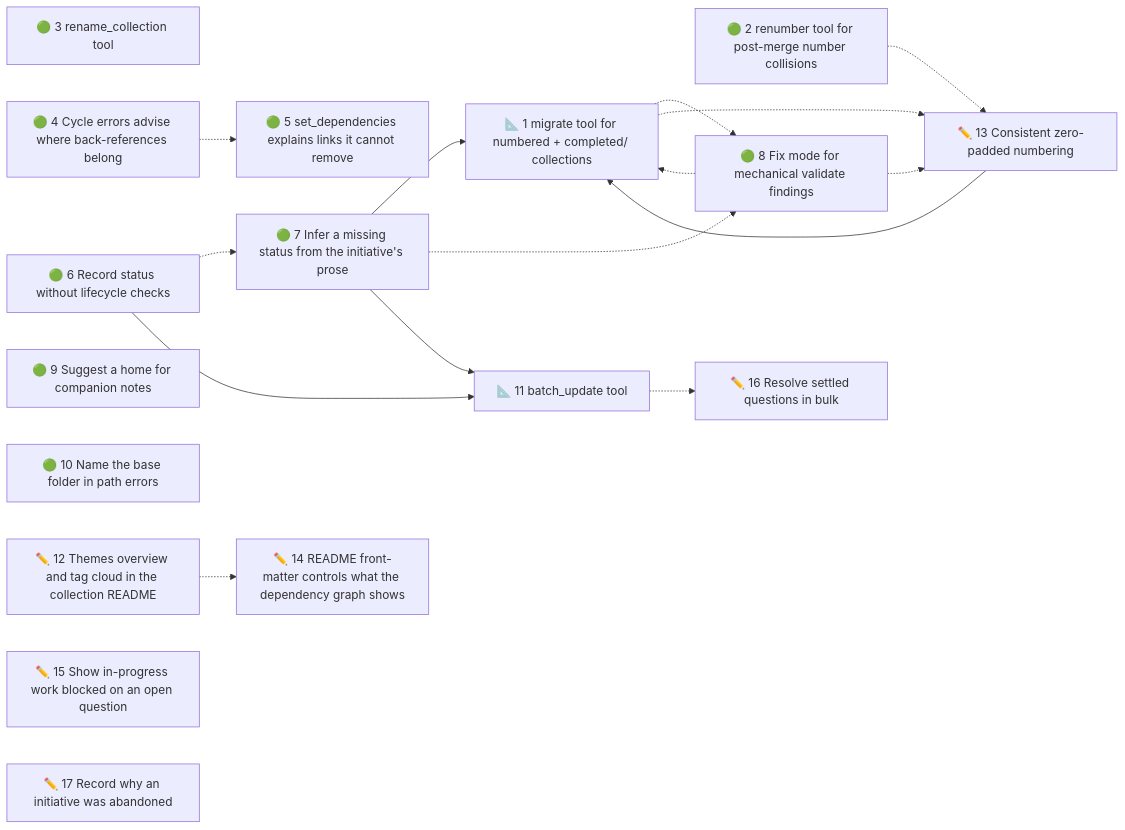
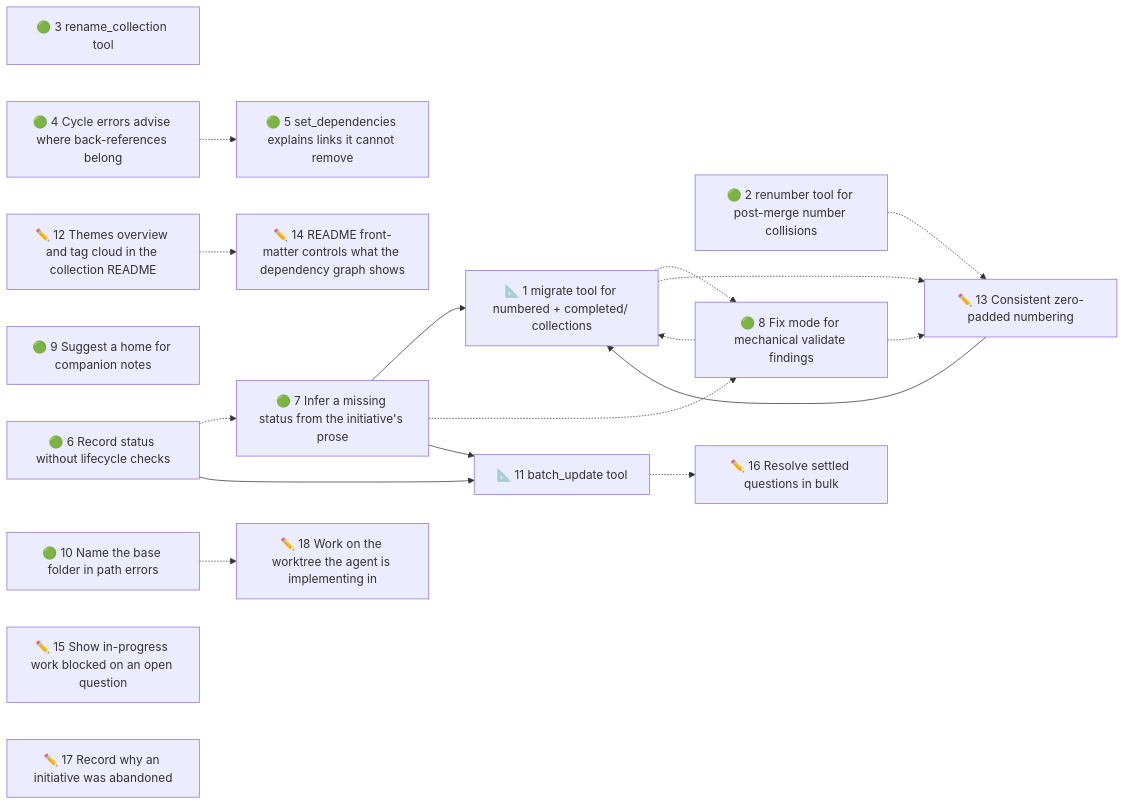
Before and after one commit to duckAsteroid/brindley: the diagram in initiatives/README.md, drawn with Mermaid. The commit also changed other lines of this file and 2 other files, not shown here.

Commit message:
docs(initiatives): narrow #15 to visibility; add #18 for worktree-aware tools

````diff
--- a/initiatives/README.md
+++ b/initiatives/README.md
@@ -43,34 +44,36 @@
 ```mermaid
 flowchart LR
   n1["📐 1 migrate tool for numbered + completed/ collections"]
   n2["🟢 2 renumber tool for post-merge number collisions"]
   n3["🟢 3 rename_collection tool"]
   n4["🟢 4 Cycle errors advise where back-references belong"]
   n5["🟢 5 set_dependencies explains links it cannot remove"]
   n6["🟢 6 Record status without lifecycle checks"]
   n7["🟢 7 Infer a missing status from the initiative's prose"]
   n8["🟢 8 Fix mode for mechanical validate findings"]
   n9["🟢 9 Suggest a home for companion notes"]
   n10["🟢 10 Name the base folder in path errors"]
   n11["📐 11 batch_update tool"]
   n12["✏️ 12 Themes overview and tag cloud in the collection README"]
   n13["✏️ 13 Consistent zero-padded numbering"]
   n14["✏️ 14 README front-matter controls what the dependency graph shows"]
   n15["✏️ 15 Show in-progress work blocked on an open question"]
   n16["✏️ 16 Resolve settled questions in bulk"]
   n17["✏️ 17 Record why an initiative was abandoned"]
+  n18["✏️ 18 Work on the worktree the agent is implementing in"]
   n7 --> n1
   n13 --> n1
   n8 -.-> n1
   n4 -.-> n5
   n6 -.-> n7
   n7 -.-> n8
   n1 -.-> n8
   n6 --> n11
   n7 --> n11
   n1 -.-> n13
   n2 -.-> n13
   n8 -.-> n13
   n12 -.-> n14
   n11 -.-> n16
+  n10 -.-> n18
 ```
````
